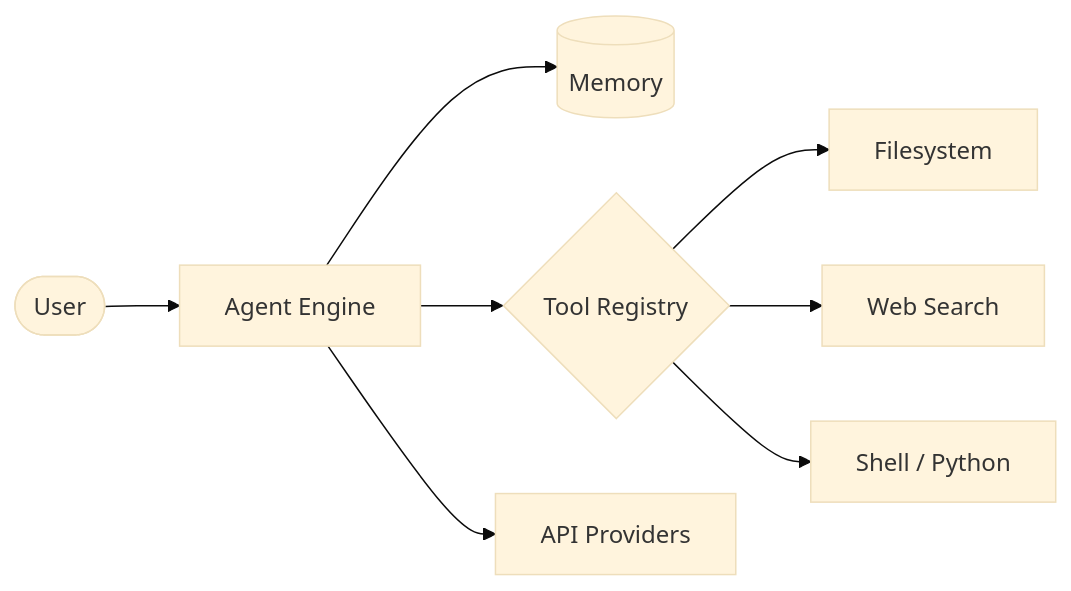
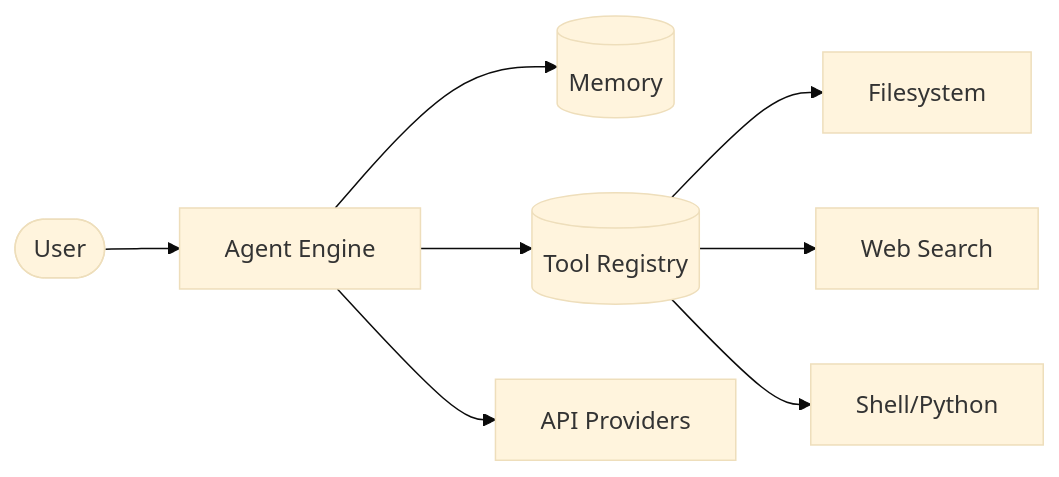
Before and after one commit to XbibzOfficial777/XbibzOfficial777: the diagram in README.md, drawn with Mermaid (base theme). The commit also changed other lines of this file, not shown here.

````diff
--- a/README.md
+++ b/README.md
@@ -75,10 +86,10 @@
 ```mermaid
 graph LR
     User([User]) --> Agent[Agent Engine]
     Agent --> Memory[(Memory)]
-    Agent --> Tools{Tool Registry}
+    Agent --> Tools[(Tool Registry)]
     Tools --> FS[Filesystem]
     Tools --> Web[Web Search]
-    Tools --> Shell[Shell / Python]
+    Tools --> Shell[Shell/Python]
     Agent --> Providers[API Providers]
 ```
````
